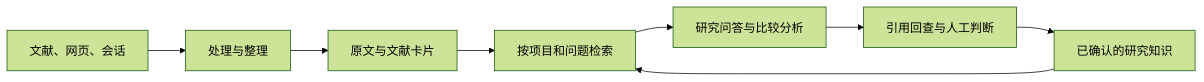
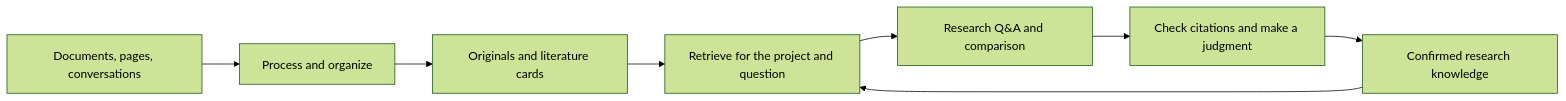
The diagram in README.md (KuchinashiYume/Memorive), drawn with Mermaid (forest theme) before and after one commit. The commit also changed other lines of this file and 10 other files, not shown here.

````diff
--- a/README.md
+++ b/README.md
@@ -71,10 +71,10 @@
 ```mermaid
 flowchart LR
-  sources[文献、网页、会话] --> processing[处理与整理]
-  processing --> library[原文与文献卡片]
-  library --> retrieval[按项目和问题检索]
-  retrieval --> answer[研究问答与比较分析]
-  answer --> check[引用回查与人工判断]
-  check --> knowledge[已确认的研究知识]
+  sources[Documents, pages, conversations] --> processing[Process and organize]
+  processing --> library[Originals and literature cards]
+  library --> retrieval[Retrieve for the project and question]
+  retrieval --> answer[Research Q&A and comparison]
+  answer --> check[Check citations and make a judgment]
+  check --> knowledge[Confirmed research knowledge]
   knowledge --> retrieval
 ```
````
